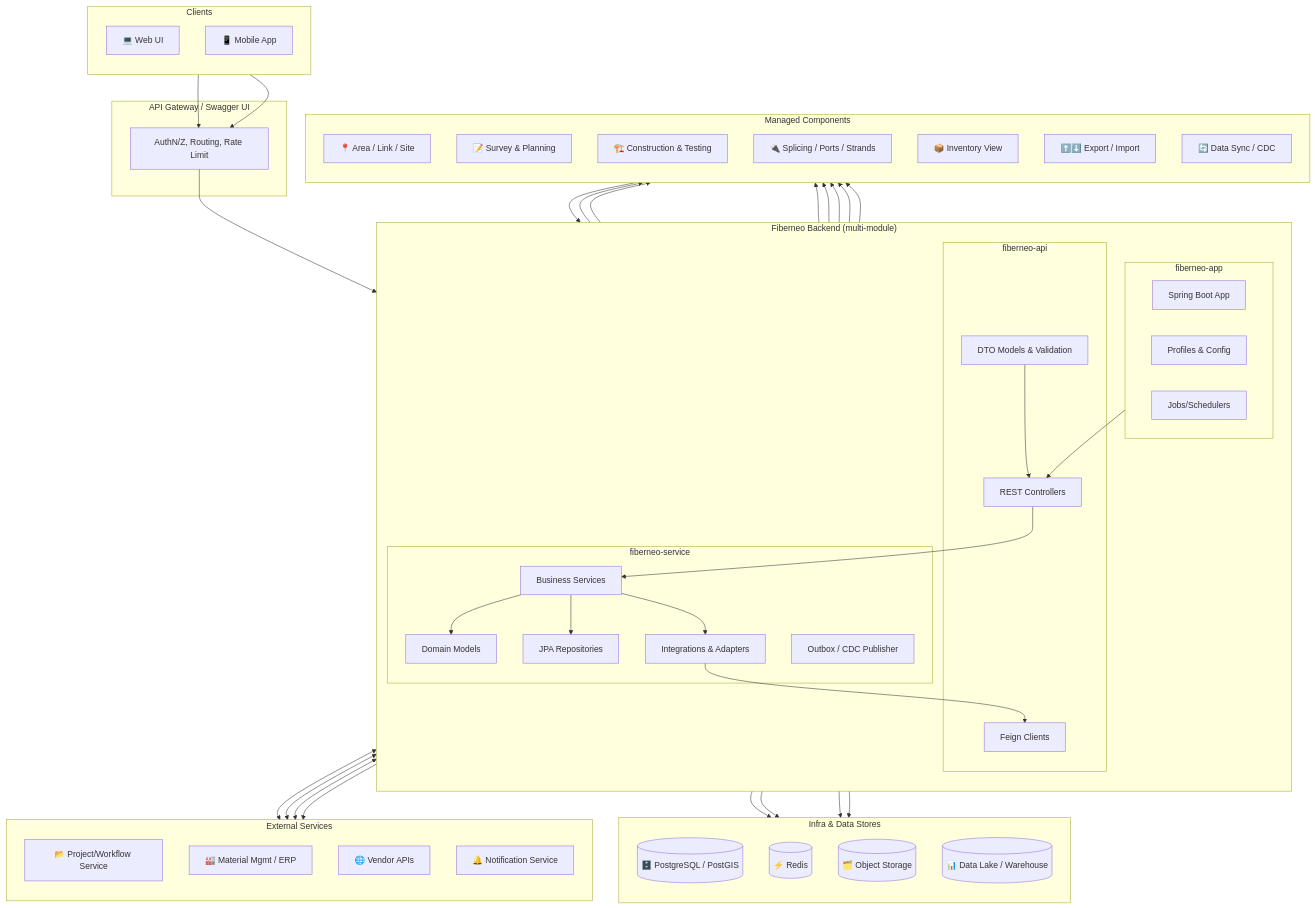
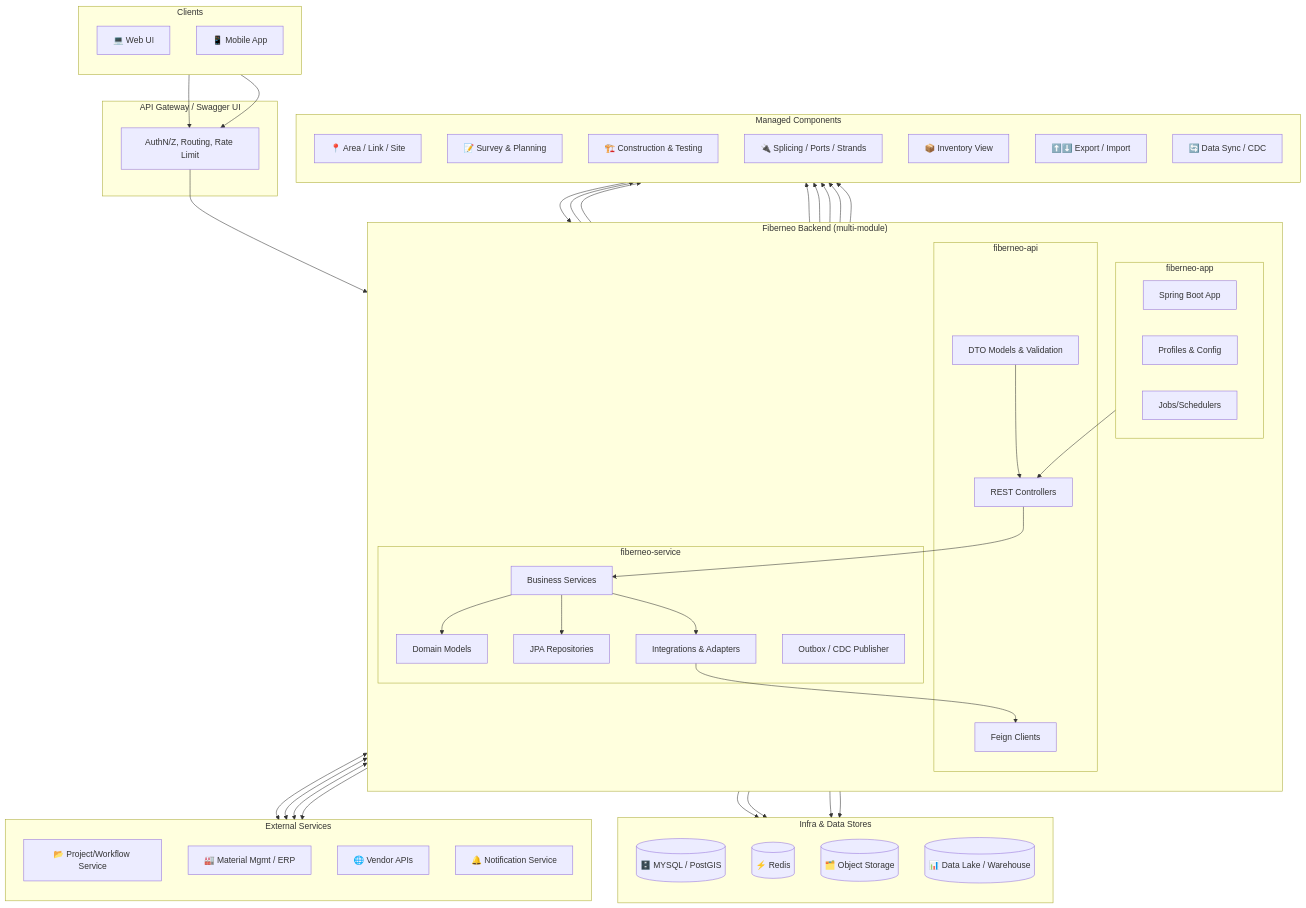
One commit to BhavikVisionGit/Fiberneo-Documents changed the second of 13 diagrams in Fiberneo-Document/LLD/LLD.md. Above: the diagram before and after it, drawn with Mermaid. The commit also changed other lines of this file, not shown here.

```diff
--- a/Fiberneo-Document/LLD/LLD.md
+++ b/Fiberneo-Document/LLD/LLD.md
@@ -196,7 +198,7 @@
   %% Data Stores & Infra
   subgraph Data["Infra & Data Stores"]
     direction TB
-    DB[("🗄️ PostgreSQL / PostGIS")]
+    DB[("🗄️ MYSQL / PostGIS")]
     Cache[("⚡ Redis")]
     Obj[("🗂️ Object Storage")]
     DWH[("📊 Data Lake / Warehouse")]
```
